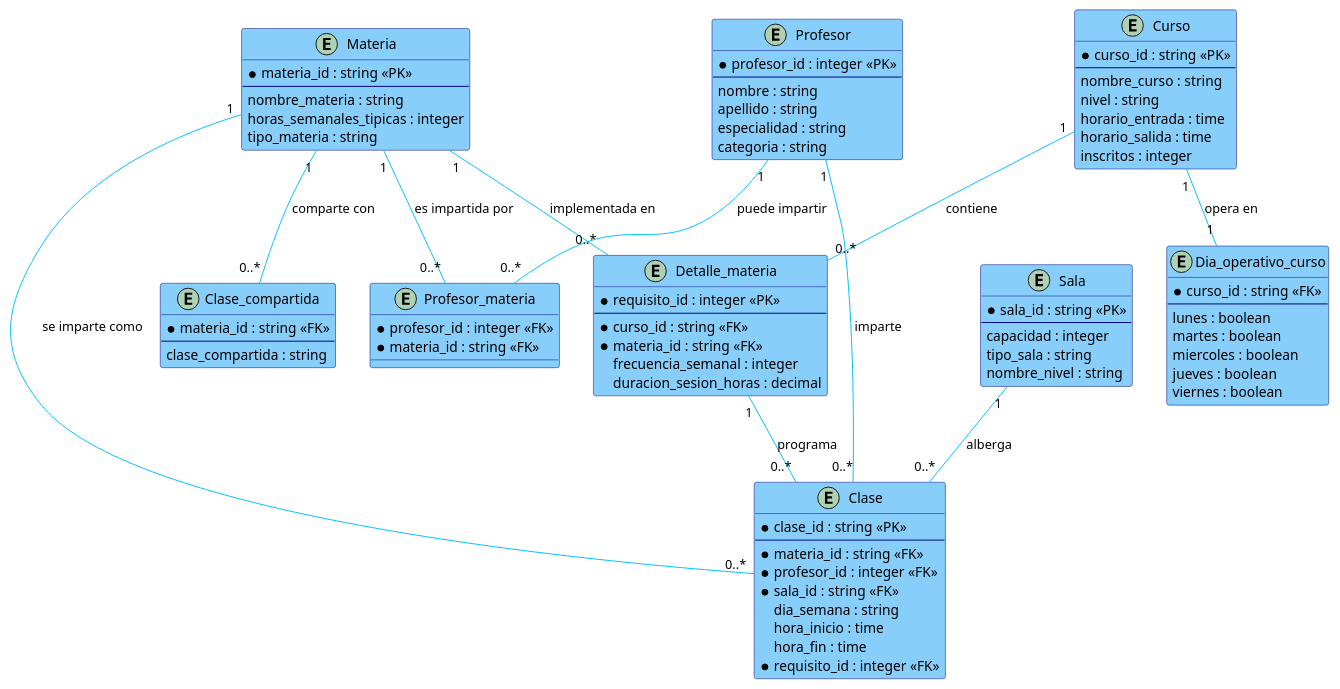
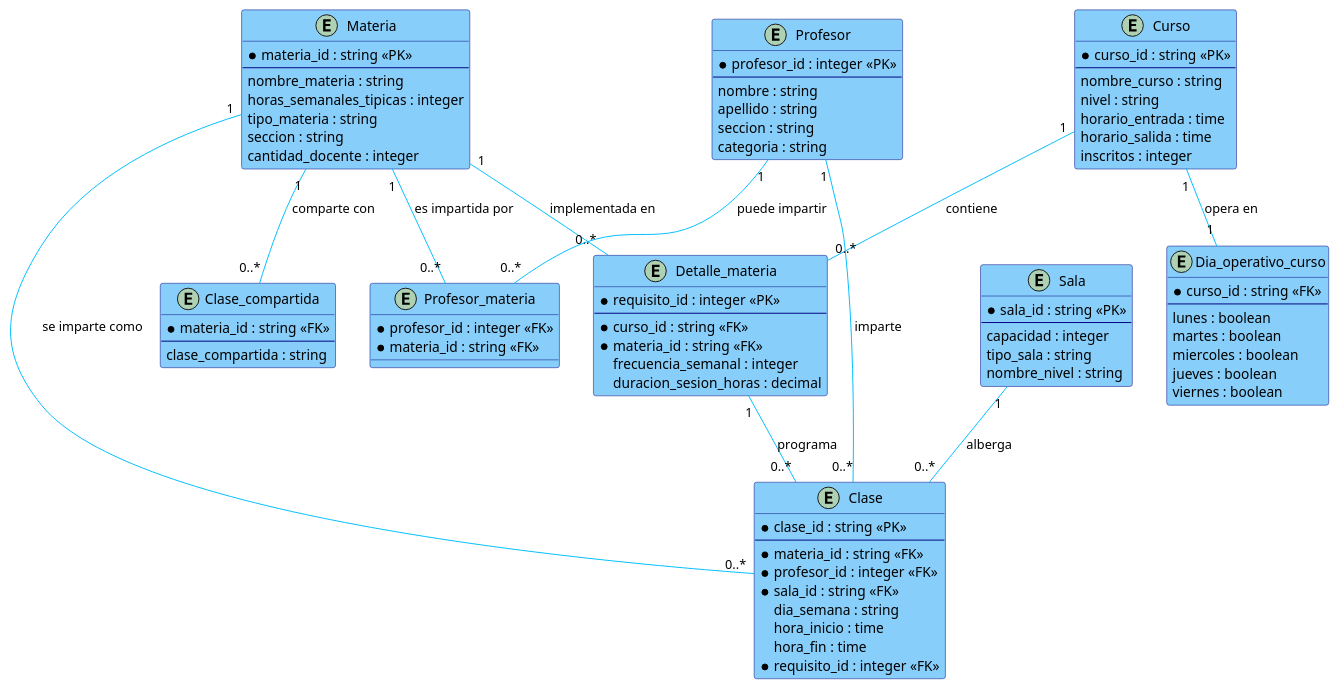
Before and after one commit to AndrewHerrada/Timetabling: the diagram in Figures/modelo_er.puml, drawn with PlantUML. The commit also changed 6 other files, not shown here.

```diff
--- a/Figures/modelo_er.puml
+++ b/Figures/modelo_er.puml
@@ -1,104 +1,106 @@
 @startuml Entidad-relacion
 ' Configuración estilo
 skinparam class {
   BackgroundColor LightSkyBlue
   ArrowColor DeepSkyBlue
   BorderColor Navy
 }
 
 ' Entidades principales
 entity "Materia" as materia {
   *materia_id : string <<PK>>
   --
   nombre_materia : string
   horas_semanales_tipicas : integer
   tipo_materia : string
+  seccion : string
+  cantidad_docente : integer
 }
 
 entity "Curso" as curso {
   *curso_id : string <<PK>>
   --
   nombre_curso : string
   nivel : string
   horario_entrada : time
   horario_salida : time
   inscritos : integer
 }
 
 entity "Profesor" as profesor {
   *profesor_id : integer <<PK>>
   --
   nombre : string
   apellido : string
-  especialidad : string
+  seccion : string
   categoria : string
 }
 
 entity "Sala" as sala {
   *sala_id : string <<PK>>
   --
   capacidad : integer
   tipo_sala : string
   nombre_nivel : string
 }
 
 ' Entidades operativas
 entity "Detalle_materia" as detalle_materia {
   *requisito_id : integer <<PK>>
   --
   *curso_id : string <<FK>>
   *materia_id : string <<FK>>
   frecuencia_semanal : integer
   duracion_sesion_horas : decimal
 }
 
 entity "Clase" as clase {
   *clase_id : string <<PK>>
   --
   *materia_id : string <<FK>>
   *profesor_id : integer <<FK>>
   *sala_id : string <<FK>>
   dia_semana : string
   hora_inicio : time
   hora_fin : time
   *requisito_id : integer <<FK>>
 }
 
 entity "Dia_operativo_curso" as dia_operativo {
   *curso_id : string <<FK>>
   --
   lunes : boolean
   martes : boolean
   miercoles : boolean
   jueves : boolean
   viernes : boolean
 }
 
 ' Tablas intermedias (relaciones muchos a muchos)
 entity "Profesor_materia" as profesor_materia {
   *profesor_id : integer <<FK>>
   *materia_id : string <<FK>>
 }
 
 entity "Clase_compartida" as clase_compartida {
   *materia_id : string <<FK>>
   --
   clase_compartida : string
 }
 
 ' Relaciones
 materia "1" -- "0..*" detalle_materia : implementada en
 materia "1" -- "0..*" clase : se imparte como
 materia "1" -- "0..*" profesor_materia : es impartida por
 materia "1" -- "0..*" clase_compartida : comparte con
 
 curso "1" -- "0..*" detalle_materia : contiene
 curso "1" -- "1" dia_operativo : opera en
 
 profesor "1" -- "0..*" clase : imparte
 profesor "1" -- "0..*" profesor_materia : puede impartir
 
 sala "1" -- "0..*" clase : alberga
 
 detalle_materia "1" -- "0..*" clase : programa
 @enduml
```
